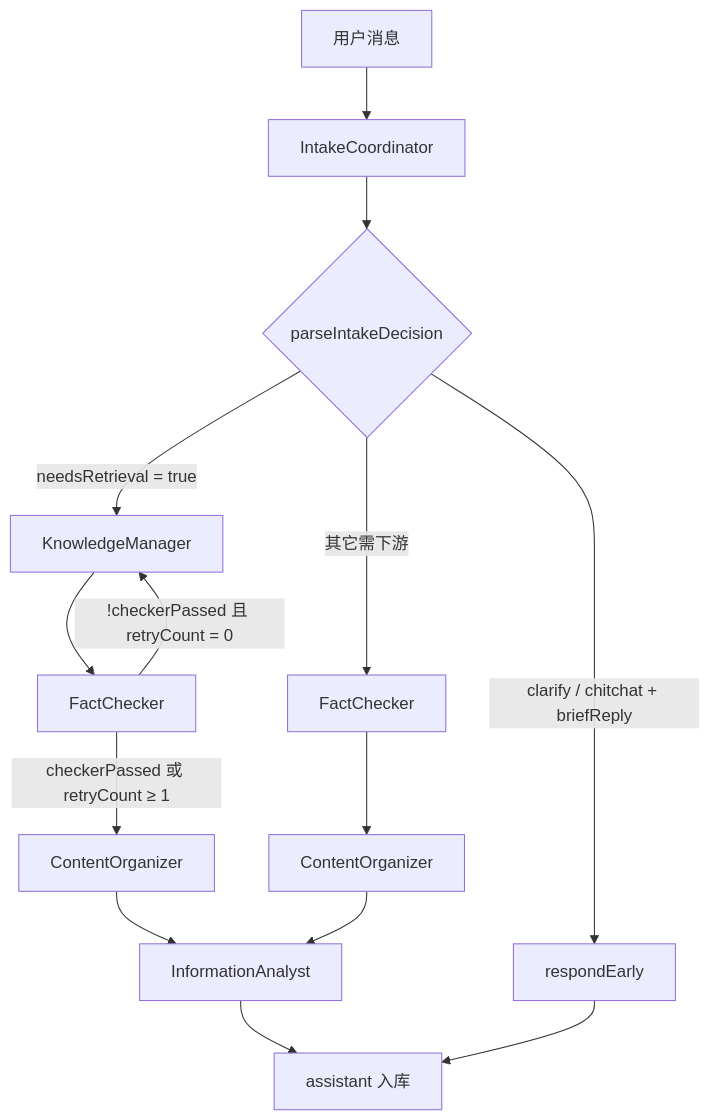
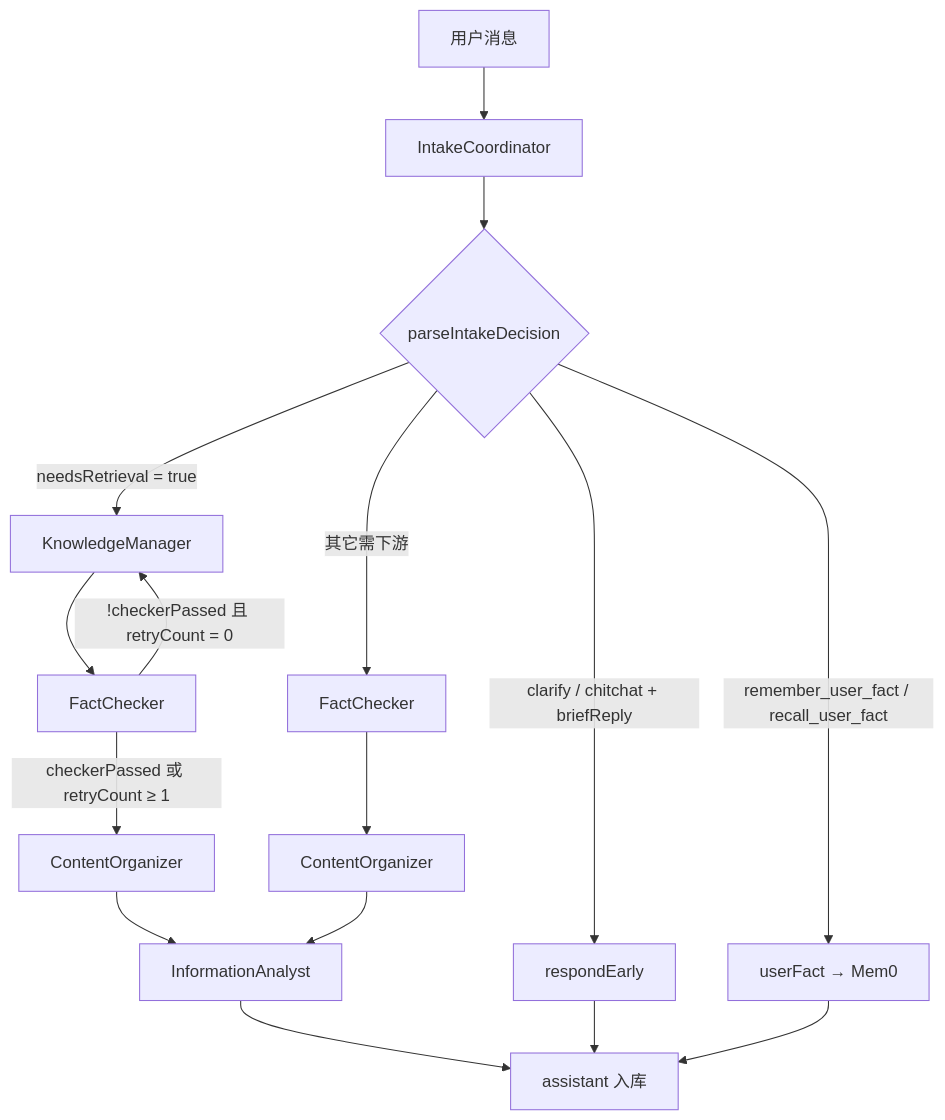
Before and after one commit to panzhanfei/fambrain-agents: the second of 12 diagrams in docs/02-agent-flows.md, drawn with Mermaid. The commit also changed other lines of this file and 24 other files, not shown here.

First line of the commit message:
feat(agents): P0-16 cross-session user facts via Intake schema and userFact node

````diff
--- a/docs/02-agent-flows.md
+++ b/docs/02-agent-flows.md
@@ -81,17 +83,19 @@
 ```mermaid
 flowchart TD
   A[用户消息] --> B[IntakeCoordinator]
   B --> C{parseIntakeDecision}
 
   C -->|clarify / chitchat + briefReply| D[respondEarly]
+  C -->|remember_user_fact / recall_user_fact| UF[userFact → Mem0]
   C -->|needsRetrieval = true| F[KnowledgeManager]
   C -->|其它需下游| FC0[FactChecker]
 
   F --> FC[FactChecker]
   FC -->|checkerPassed 或 retryCount ≥ 1| CO[ContentOrganizer]
   FC -->|!checkerPassed 且 retryCount = 0| F
   CO --> G[InformationAnalyst]
   FC0 --> CO0[ContentOrganizer] --> G
   G --> H[assistant 入库]
   D --> H
+  UF --> H
 ```
````
